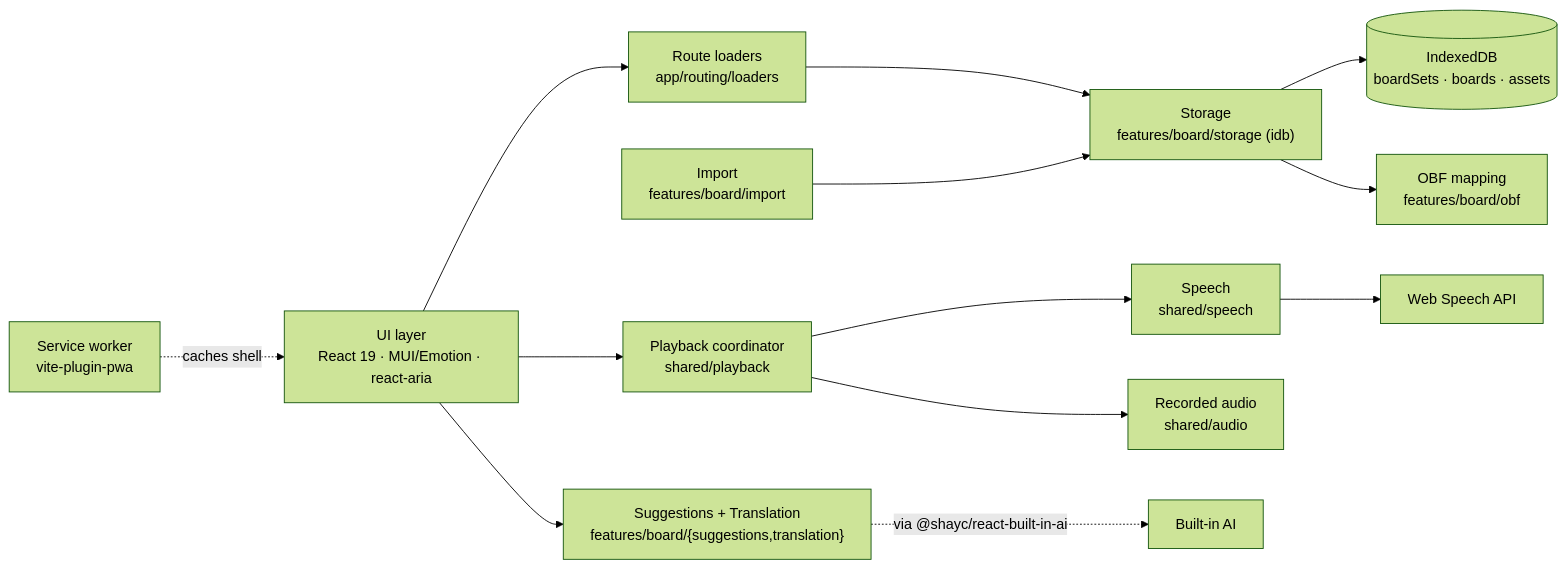
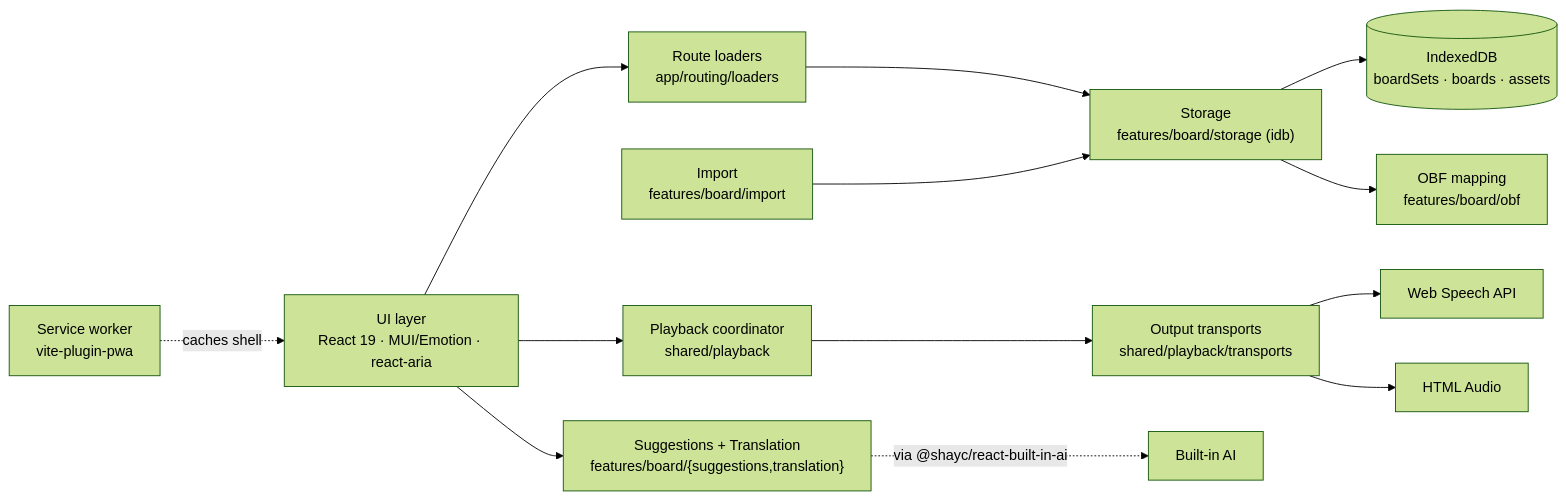
The second of 2 diagrams in docs/architecture.md (shayc/aac-board-ai), drawn with Mermaid (forest theme) before and after one commit. The commit also changed other lines of this file and 6 other files, not shown here.

Commit message:
Colocate playback transports

````diff
--- a/docs/architecture.md
+++ b/docs/architecture.md
@@ -98,19 +98,20 @@
 ```mermaid
 flowchart LR
     UI["UI layer<br/>React 19 · MUI/Emotion · react-aria"]
 
     UI --> LD["Route loaders<br/>app/routing/loaders"]
     LD --> STG["Storage<br/>features/board/storage (idb)"]
     STG --> DB[("IndexedDB<br/>boardSets · boards · assets")]
 
     UI --> PLY["Playback coordinator<br/>shared/playback"]
-    PLY --> SPK["Speech<br/>shared/speech"] --> WS["Web Speech API"]
-    PLY --> AUD["Recorded audio<br/>shared/audio"]
+    PLY --> OUT["Output transports<br/>shared/playback/transports"]
+    OUT --> WS["Web Speech API"]
+    OUT --> AUD["HTML Audio"]
     UI --> SUG["Suggestions + Translation<br/>features/board/{suggestions,translation}"]
     SUG -.->|via @shayc/react-built-in-ai| BAI["Built-in AI"]
 
     STG --> OBF["OBF mapping<br/>features/board/obf"]
     IMP["Import<br/>features/board/import"] --> STG
 
     SW["Service worker<br/>vite-plugin-pwa"] -.->|caches shell| UI
 ```
````
